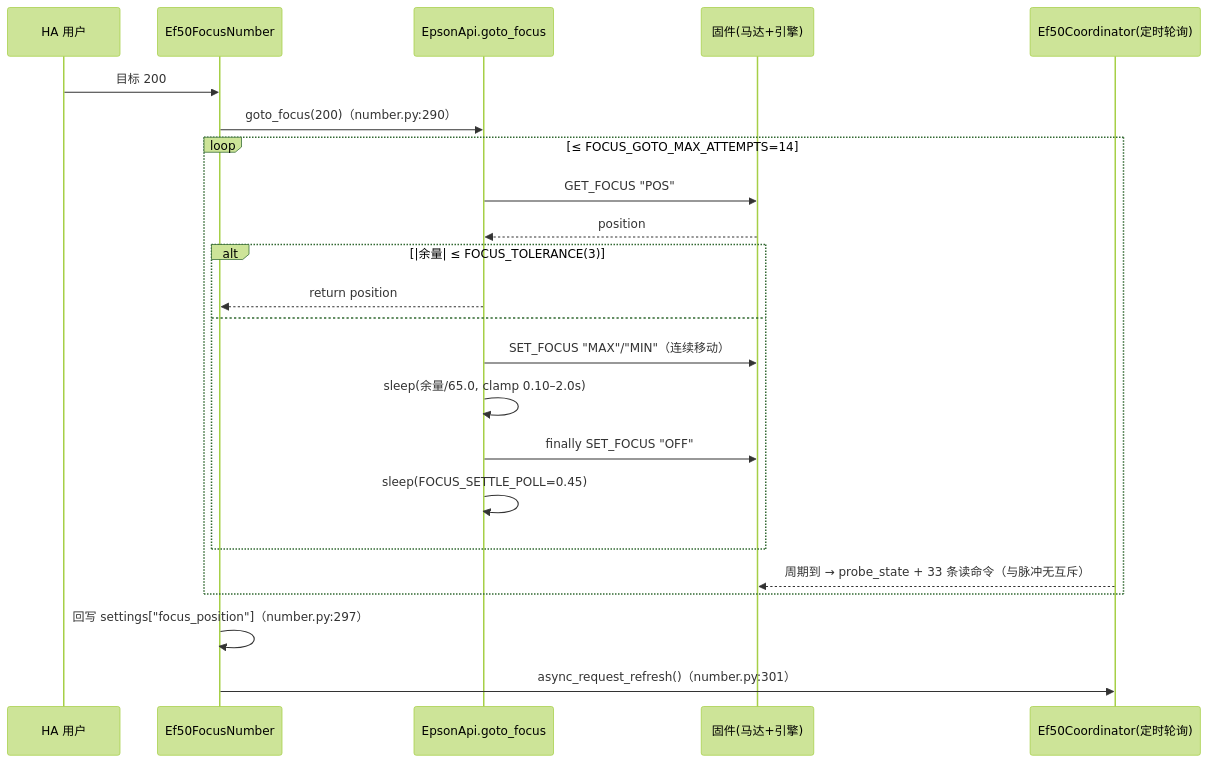
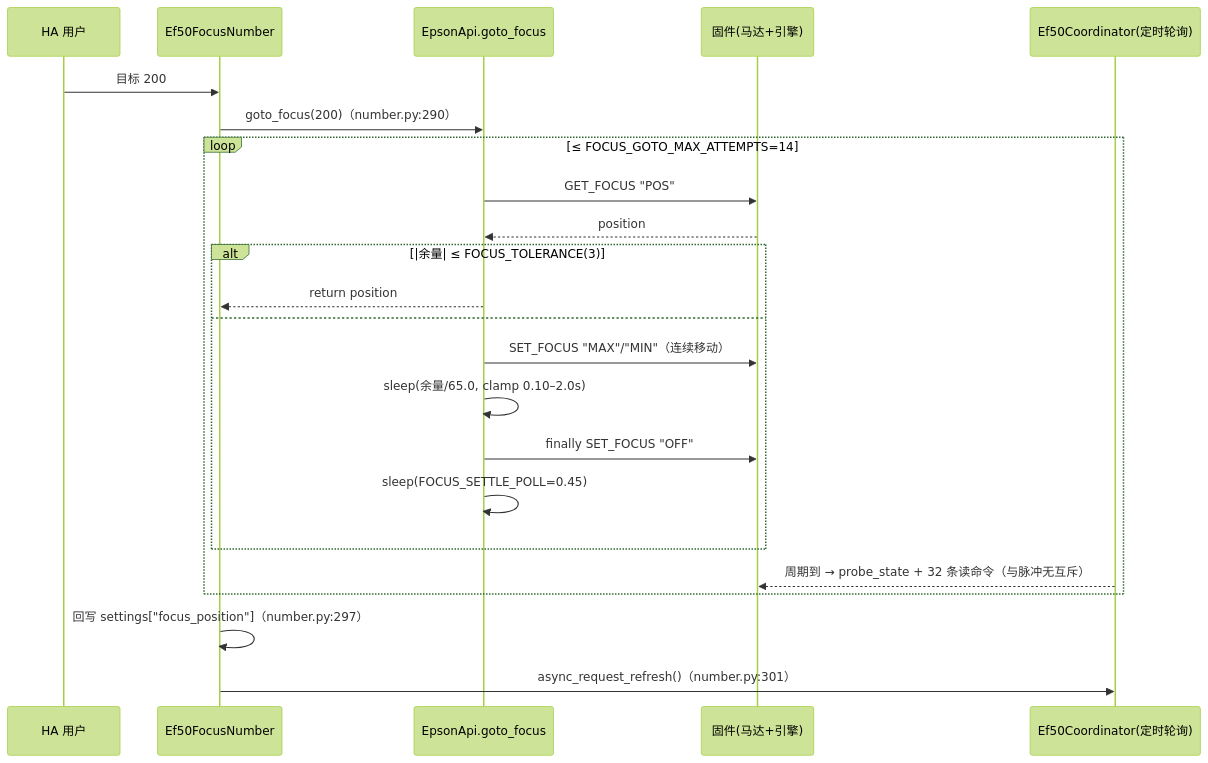
The second of 4 diagrams in docs/architecture/architecture_views/scenario_view.md (aixmoyu/ha-epson-ef-projector), drawn with Mermaid (forest theme) before and after one commit. The commit also changed other lines of this file and 78 other files, not shown here.

````diff
--- a/docs/architecture/architecture_views/scenario_view.md
+++ b/docs/architecture/architecture_views/scenario_view.md
@@ -76,25 +76,25 @@
 ```mermaid
 sequenceDiagram
     participant U as HA 用户
     participant N as Ef50FocusNumber
     participant G as EpsonApi.goto_focus
     participant FW as 固件(马达+引擎)
     participant CO as Ef50Coordinator(定时轮询)
     U->>N: 目标 200
     N->>G: goto_focus(200)（number.py:290）
     loop ≤ FOCUS_GOTO_MAX_ATTEMPTS=14
         G->>FW: GET_FOCUS "POS"
         FW-->>G: position
         alt |余量| ≤ FOCUS_TOLERANCE(3)
             G-->>N: return position
         else
             G->>FW: SET_FOCUS "MAX"/"MIN"（连续移动）
             G->>G: sleep(余量/65.0, clamp 0.10–2.0s)
             G->>FW: finally SET_FOCUS "OFF"
             G->>G: sleep(FOCUS_SETTLE_POLL=0.45)
         end
-        CO-->>FW: 周期到 → probe_state + 33 条读命令（与脉冲无互斥）
+        CO-->>FW: 周期到 → probe_state + 32 条读命令（与脉冲无互斥）
     end
     N->>N: 回写 settings["focus_position"]（number.py:297）
     N->>CO: async_request_refresh()（number.py:301）
 ```
````
